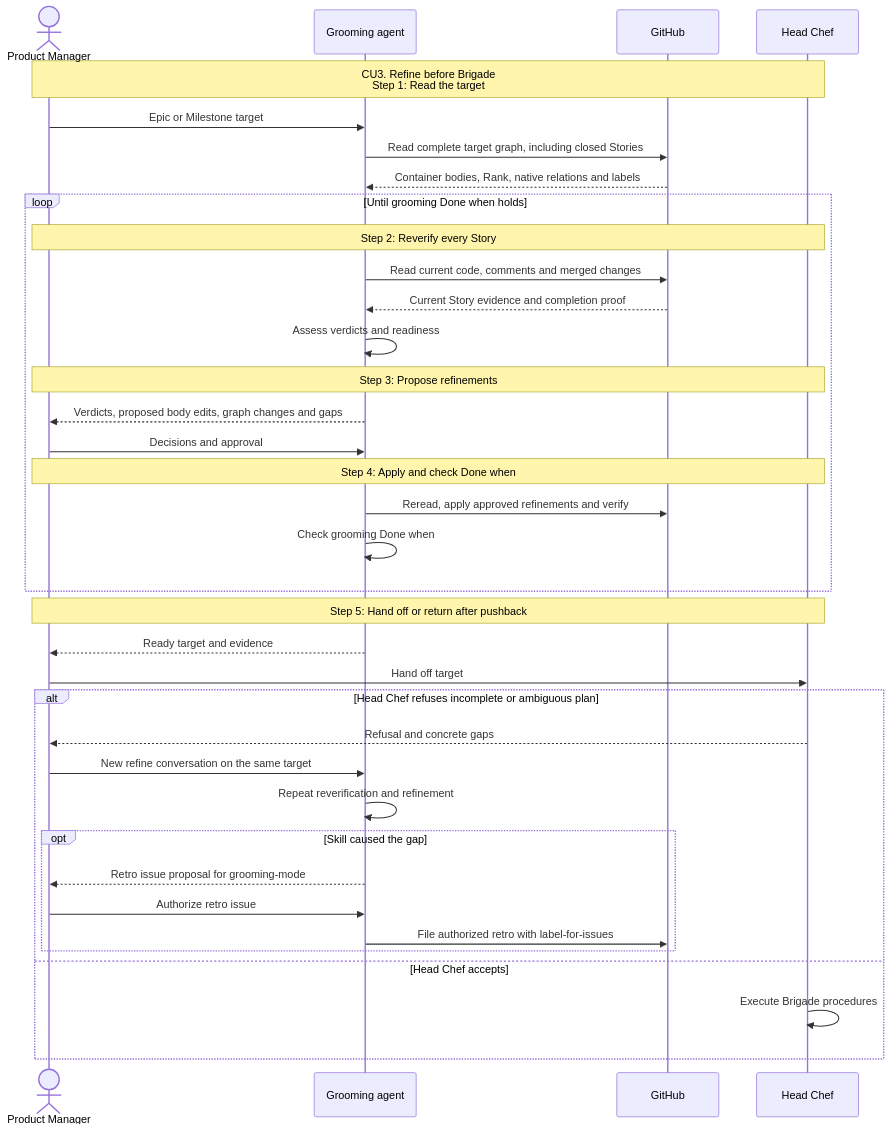
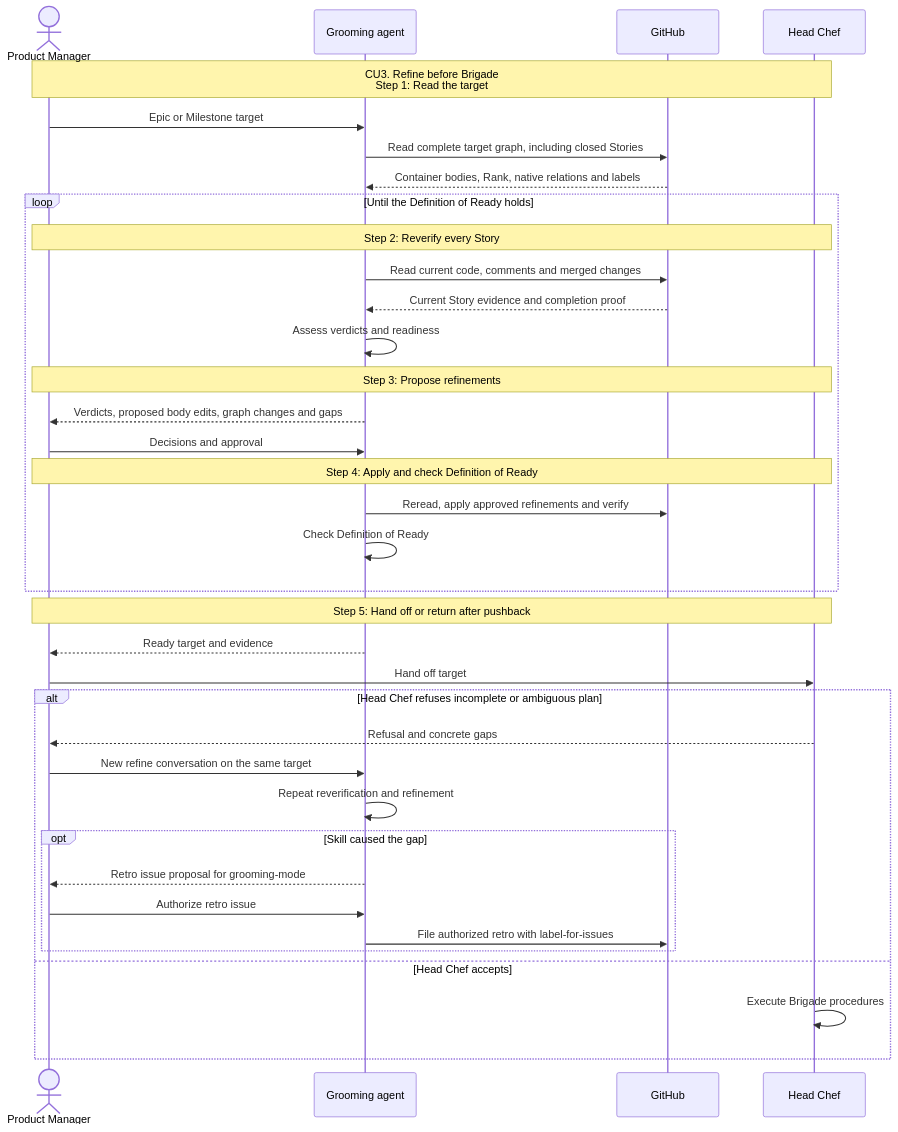
The diagram in authoring/andy-devtools/grooming-mode/playbooks/refine.md (pascalandy/skills), drawn with Mermaid before and after one commit. The commit also changed other lines of this file and 19 other files, not shown here.

````diff
--- a/authoring/andy-devtools/grooming-mode/playbooks/refine.md
+++ b/authoring/andy-devtools/grooming-mode/playbooks/refine.md
@@ -57,40 +52,40 @@
 ```mermaid
 sequenceDiagram
     accTitle: CU3 Refine before Brigade
     accDescr: Reverify and refine after approval until ready. A Head Chef refusal returns through the Product Manager into a new refine conversation.
     actor PM as Product Manager
     participant G as Grooming agent
     participant GH as GitHub
     participant H as Head Chef
     Note over PM,H: CU3. Refine before Brigade<br>Step 1: Read the target
     PM->>G: Epic or Milestone target
     G->>GH: Read complete target graph, including closed Stories
     GH-->>G: Container bodies, Rank, native relations and labels
-    loop Until grooming Done when holds
+    loop Until the Definition of Ready holds
         Note over PM,H: Step 2: Reverify every Story
         G->>GH: Read current code, comments and merged changes
         GH-->>G: Current Story evidence and completion proof
         G->>G: Assess verdicts and readiness
         Note over PM,H: Step 3: Propose refinements
         G-->>PM: Verdicts, proposed body edits, graph changes and gaps
         PM->>G: Decisions and approval
-        Note over PM,H: Step 4: Apply and check Done when
+        Note over PM,H: Step 4: Apply and check Definition of Ready
         G->>GH: Reread, apply approved refinements and verify
-        G->>G: Check grooming Done when
+        G->>G: Check Definition of Ready
     end
     Note over PM,H: Step 5: Hand off or return after pushback
     G-->>PM: Ready target and evidence
     PM->>H: Hand off target
     alt Head Chef refuses incomplete or ambiguous plan
         H-->>PM: Refusal and concrete gaps
         PM->>G: New refine conversation on the same target
         G->>G: Repeat reverification and refinement
         opt Skill caused the gap
             G-->>PM: Retro issue proposal for grooming-mode
             PM->>G: Authorize retro issue
             G->>GH: File authorized retro with label-for-issues
         end
     else Head Chef accepts
         H->>H: Execute Brigade procedures
     end
 ```
````
